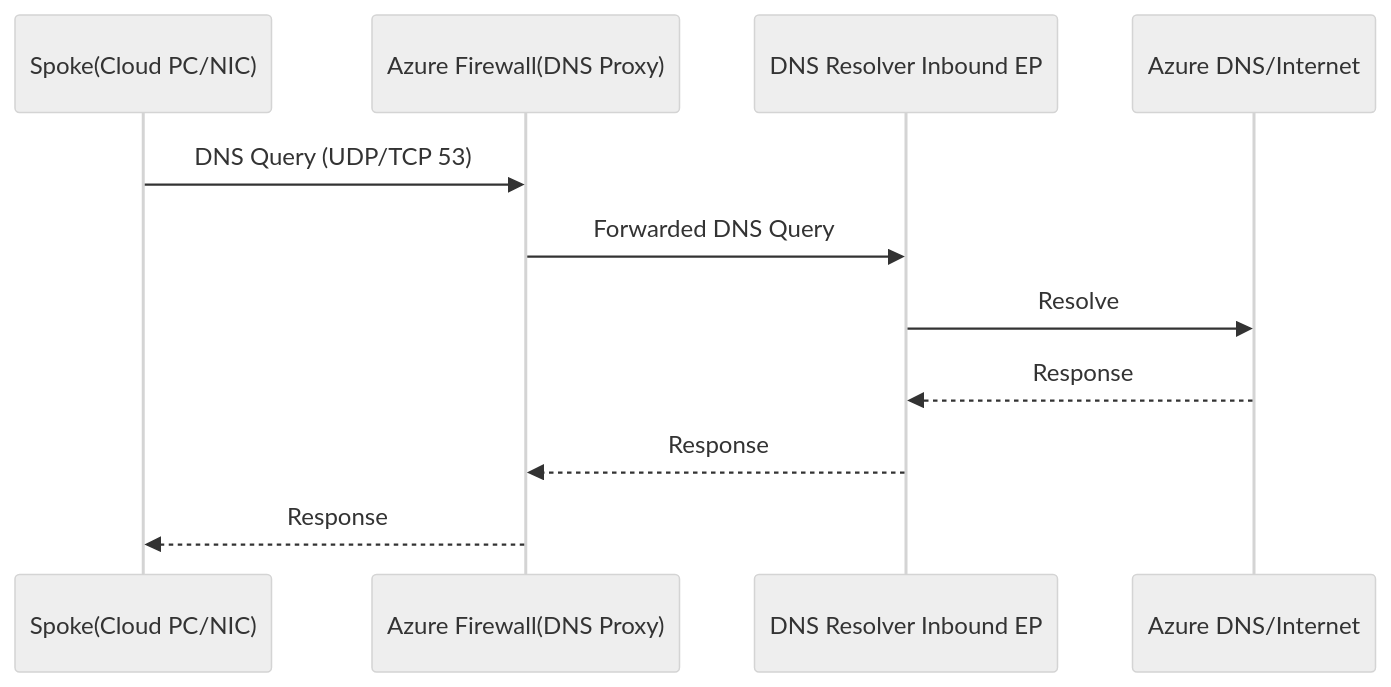
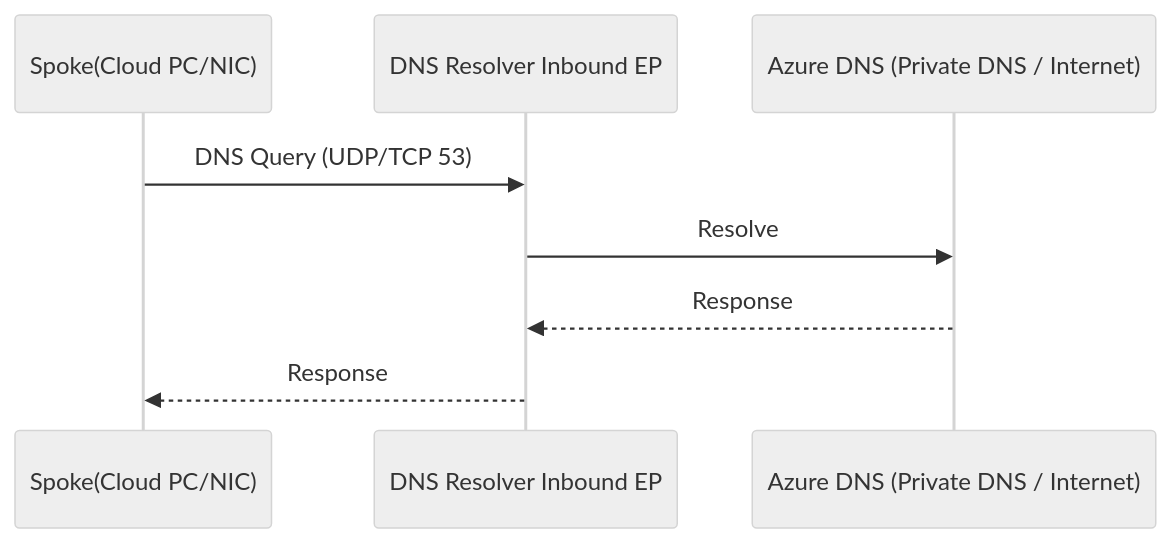
The second of 3 diagrams in content/posts/ja-jp/win365poc.md (TakumiSeo/Tech-BLOG), drawn with Mermaid (neutral theme) before and after one commit. The commit also changed other lines of this file, not shown here.

````diff
--- a/content/posts/ja-jp/win365poc.md
+++ b/content/posts/ja-jp/win365poc.md
@@ -186,14 +77,11 @@
 ```mermaid
 sequenceDiagram
   participant VM as Spoke(Cloud PC/NIC)
-  participant FW as Azure Firewall(DNS Proxy)
   participant IN as DNS Resolver Inbound EP
-  participant DNS as Azure DNS/Internet
+  participant AZDNS as Azure DNS (Private DNS / Internet)
 
-  VM->>FW: DNS Query (UDP/TCP 53)
-  FW->>IN: Forwarded DNS Query
-  IN->>DNS: Resolve
-  DNS-->>IN: Response
-  IN-->>FW: Response
-  FW-->>VM: Response
+  VM->>IN: DNS Query (UDP/TCP 53)
+  IN->>AZDNS: Resolve
+  AZDNS-->>IN: Response
+  IN-->>VM: Response
 ```
````
